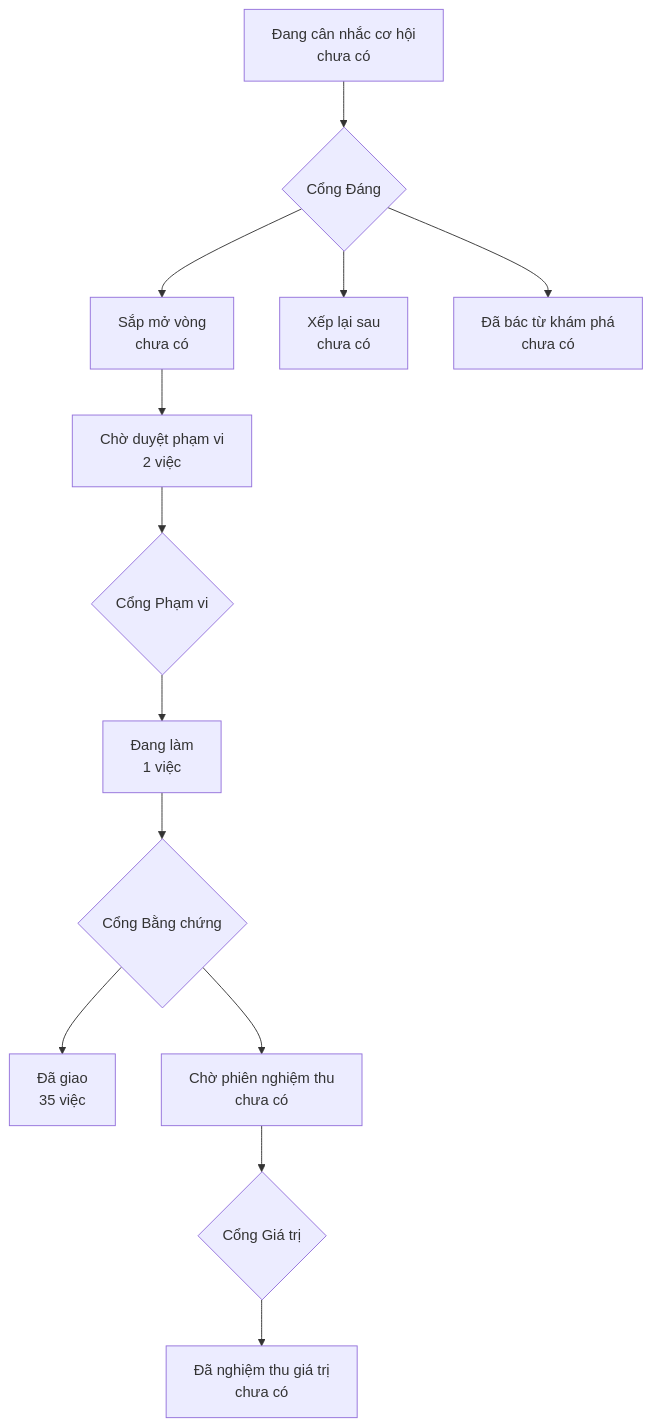
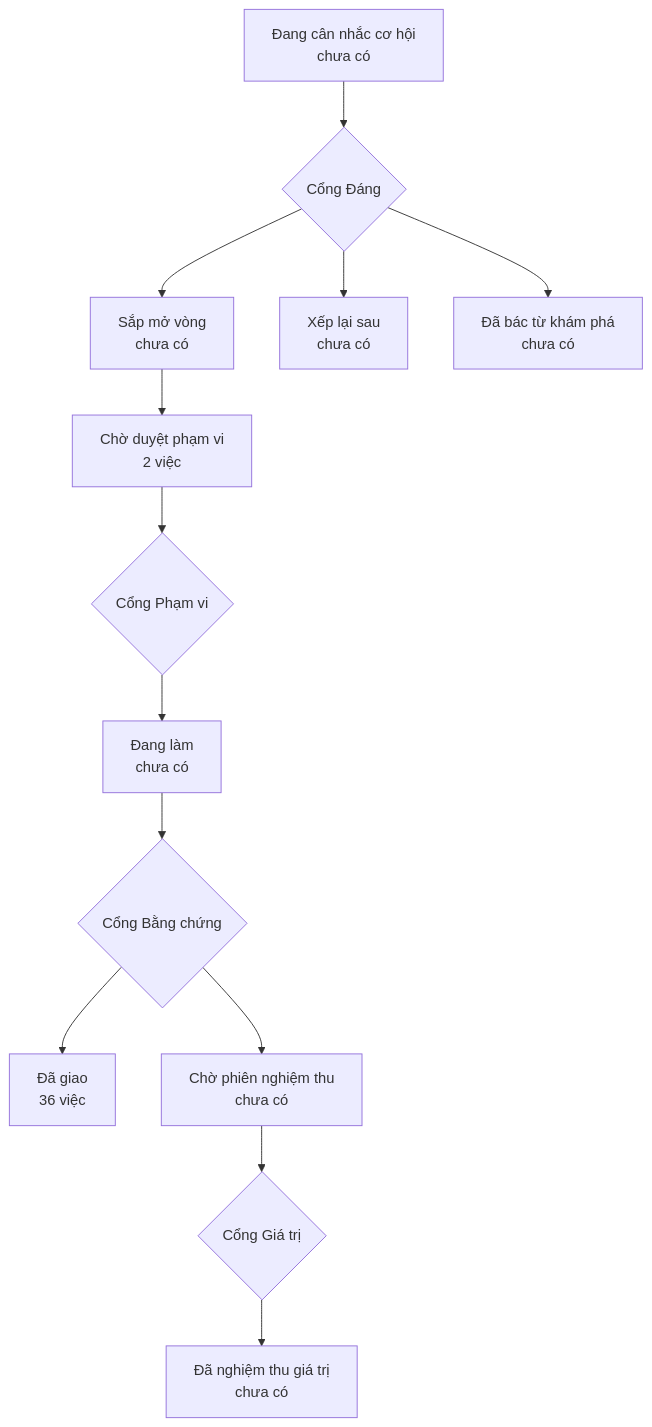
The diagram in PRODUCT-MAP.md (phanlemanh/acceptance-gate-kit), drawn with Mermaid before and after one commit. The commit also changed other lines of this file and 2 other files, not shown here.

Commit message:
Gate 2 signoff: may-ganh-nguoi-quyet — Manh Phan

````diff
--- a/PRODUCT-MAP.md
+++ b/PRODUCT-MAP.md
@@ -6,12 +6,12 @@
 ```mermaid
 flowchart TD
   A["Đang cân nhắc cơ hội<br/>chưa có"] --> GD{"Cổng Đáng"}
   GD --> B["Sắp mở vòng<br/>chưa có"]
   GD --> XL["Xếp lại sau<br/>chưa có"]
   GD --> DB["Đã bác từ khám phá<br/>chưa có"]
   B --> CD["Chờ duyệt phạm vi<br/>2 việc"] --> GP{"Cổng Phạm vi"}
-  GP --> DL["Đang làm<br/>1 việc"] --> GB{"Cổng Bằng chứng"}
-  GB --> DG["Đã giao<br/>35 việc"]
+  GP --> DL["Đang làm<br/>chưa có"] --> GB{"Cổng Bằng chứng"}
+  GB --> DG["Đã giao<br/>36 việc"]
   GB --> CN["Chờ phiên nghiệm thu<br/>chưa có"] --> GG{"Cổng Giá trị"}
   GG --> NT["Đã nghiệm thu giá trị<br/>chưa có"]
 ```
````
